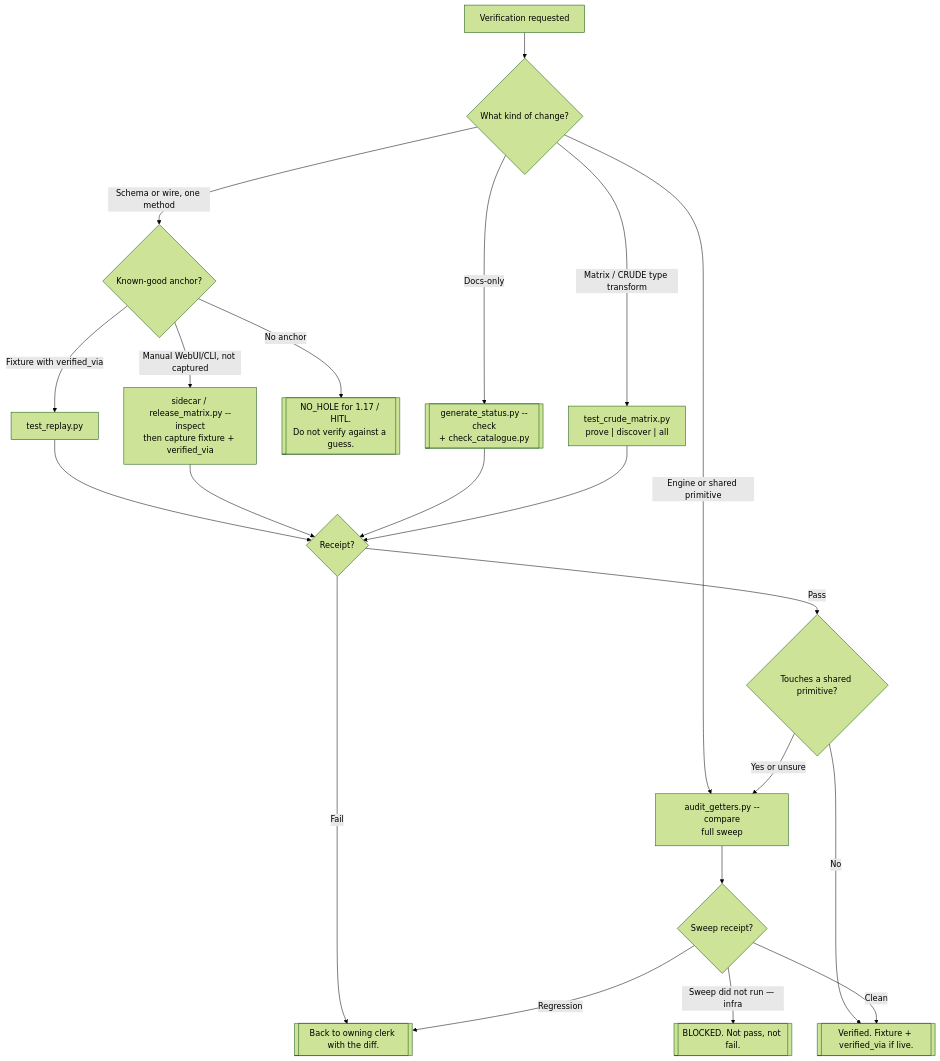
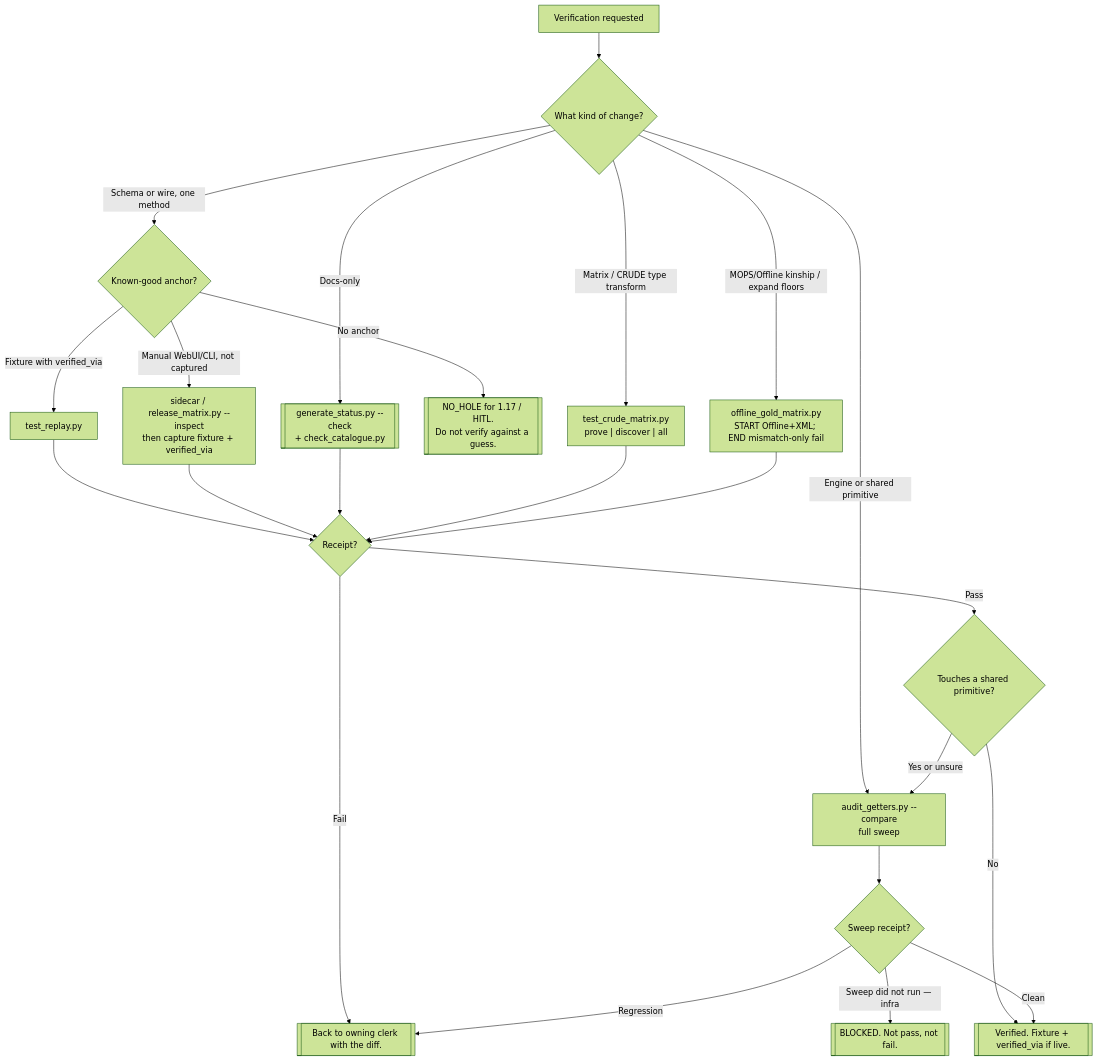
Before and after one commit to AdamRickards/crude-engine: the diagram in local/agents/test-bot/flow.md, drawn with Mermaid (forest theme). The commit also changed other lines of this file and 2 other files, not shown here.

First line of the commit message:
test: offline-vs-gold flow lane + expand floors (#167) (#168)

````diff
--- a/local/agents/test-bot/flow.md
+++ b/local/agents/test-bot/flow.md
@@ -5,23 +5,25 @@
 ```mermaid
 flowchart TD
     Start[Verification requested] --> Q1{What kind of change?}
     Q1 -->|Docs-only| Skip[["generate_status.py --check\n+ check_catalogue.py"]]
     Q1 -->|Schema or wire, one method| Q2{Known-good anchor?}
     Q1 -->|Engine or shared primitive| Full["audit_getters.py --compare\nfull sweep"]
     Q1 -->|Matrix / CRUDE type transform| Matrix["test_crude_matrix.py\nprove | discover | all"]
+    Q1 -->|MOPS/Offline kinship / expand floors| OfflineGold["offline_gold_matrix.py\nSTART Offline+XML; END mismatch-only fail"]
     Q2 -->|No anchor| Anchor[["NO_HOLE for 1.17 / HITL.\nDo not verify against a guess."]]
     Q2 -->|Fixture with verified_via| Replay["test_replay.py"]
     Q2 -->|Manual WebUI/CLI, not captured| Inspect["sidecar / release_matrix.py --inspect\nthen capture fixture + verified_via"]
     Replay --> Q3{Receipt?}
     Inspect --> Q3
     Skip --> Q3
     Matrix --> Q3
+    OfflineGold --> Q3
     Q3 -->|Fail| Back[["Back to owning clerk with the diff."]]
     Q3 -->|Pass| Q4{Touches a shared primitive?}
     Q4 -->|Yes or unsure| Full
     Q4 -->|No| Done[["Verified. Fixture + verified_via if live."]]
     Full --> Q5{Sweep receipt?}
     Q5 -->|Regression| Back
     Q5 -->|Sweep did not run — infra| Infra[["BLOCKED. Not pass, not fail."]]
     Q5 -->|Clean| Done
 ```
````
